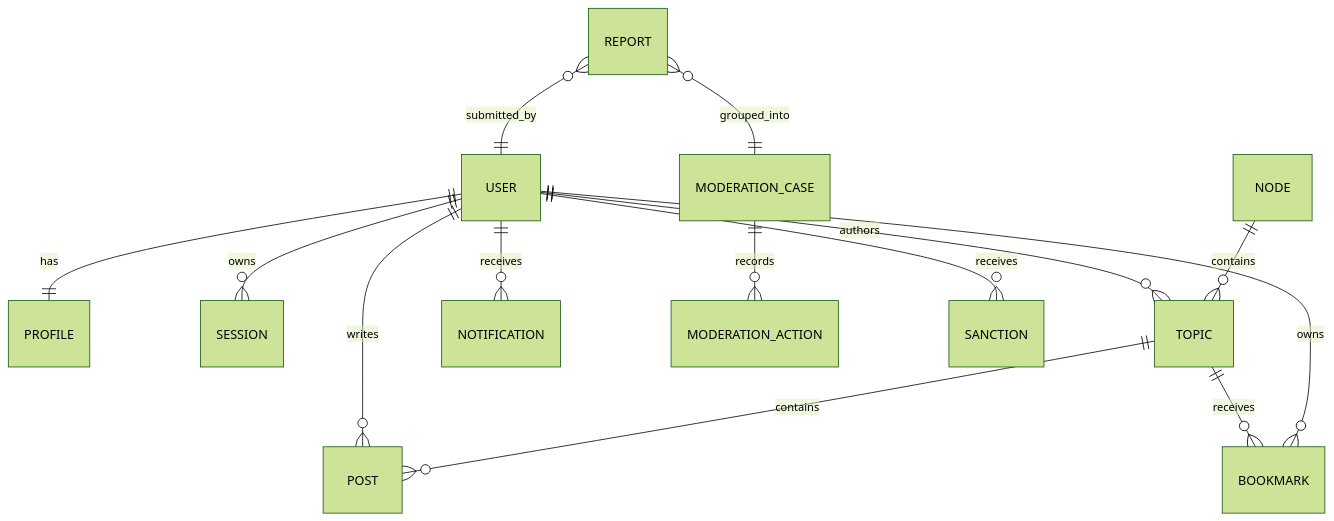
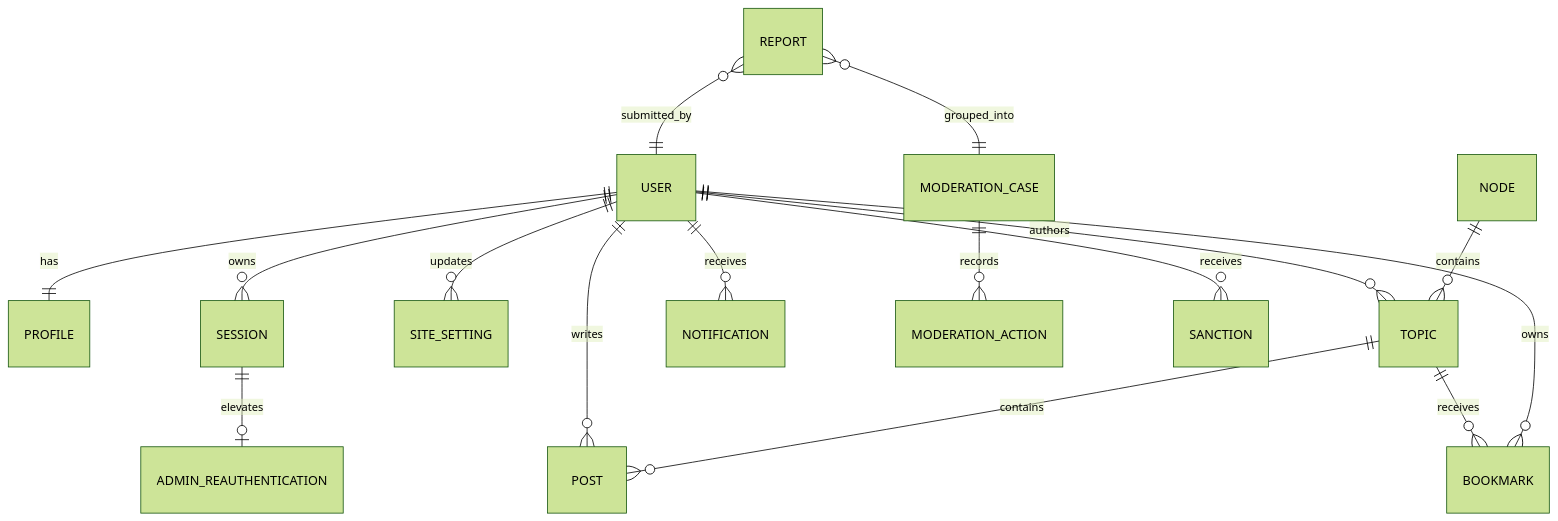
One commit to Xwordsman/nextbuf changed the diagram in docs/03-domain-model.md. Above: the diagram before and after it, drawn with Mermaid (forest theme). The commit also changed other lines of this file and 76 other files, not shown here.

````diff
--- a/docs/03-domain-model.md
+++ b/docs/03-domain-model.md
@@ -239,16 +243,18 @@
 ```mermaid
 erDiagram
     USER ||--|| PROFILE : has
     USER ||--o{ SESSION : owns
+    SESSION ||--o| ADMIN_REAUTHENTICATION : elevates
+    USER ||--o{ SITE_SETTING : updates
     USER ||--o{ TOPIC : authors
     USER ||--o{ POST : writes
     NODE ||--o{ TOPIC : contains
     TOPIC ||--o{ POST : contains
     TOPIC ||--o{ BOOKMARK : receives
     USER ||--o{ BOOKMARK : owns
     USER ||--o{ NOTIFICATION : receives
     REPORT }o--|| USER : submitted_by
     REPORT }o--|| MODERATION_CASE : grouped_into
     MODERATION_CASE ||--o{ MODERATION_ACTION : records
     USER ||--o{ SANCTION : receives
 ```
````
